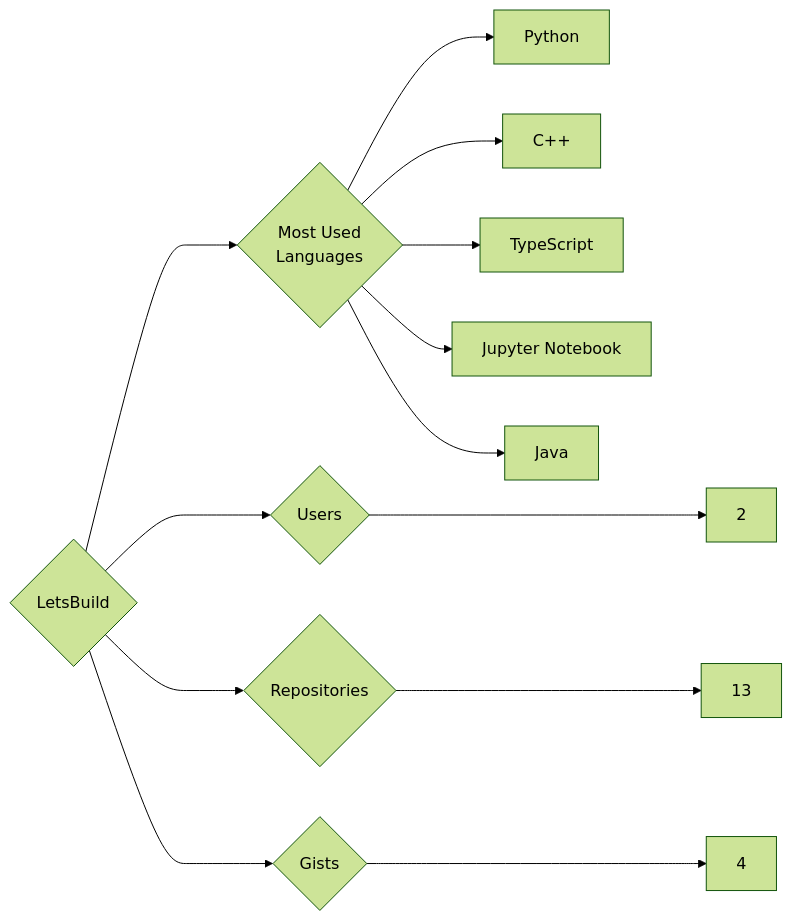
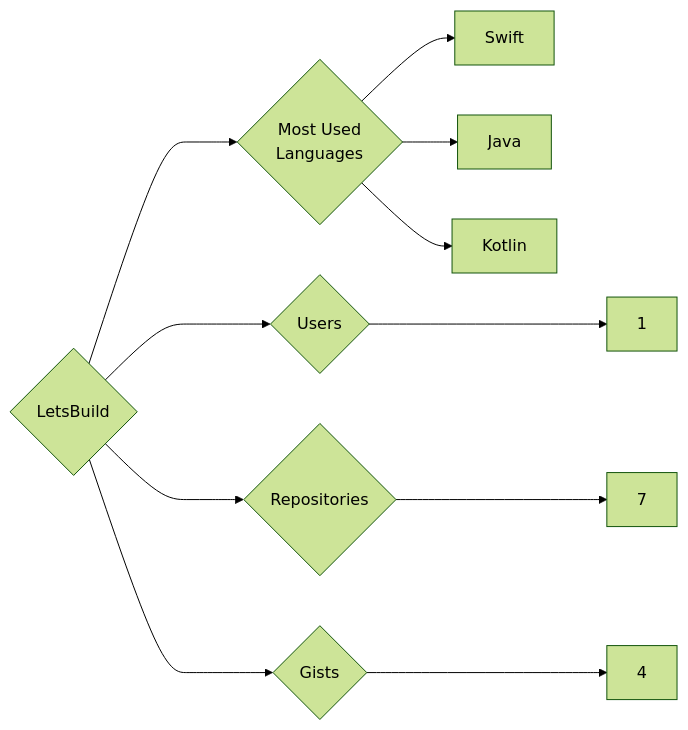
One commit to trickest/insiders changed the diagram in targets/LetsBuild/README.md. Above: the diagram before and after it, drawn with Mermaid (forest theme). The commit also changed 688 other files, not shown here.

````diff
--- a/targets/LetsBuild/README.md
+++ b/targets/LetsBuild/README.md
@@ -3,13 +3,11 @@
 ```mermaid
 graph LR
 COMPANY_NAME{LetsBuild}
-COMPANY_NAME ---> U{Users} ---> UN[2]
-COMPANY_NAME ---> R{Repositories} ---> RN[13]
+COMPANY_NAME ---> U{Users} ---> UN[1]
+COMPANY_NAME ---> R{Repositories} ---> RN[7]
 COMPANY_NAME ---> G{Gists} ---> GN[4]
 COMPANY_NAME ---> ML{Most Used<br>Languages}
-ML --> Python[Python]
-ML --> C++[C++]
-ML --> TypeScript[TypeScript]
-ML --> Jupyter_Notebook[Jupyter Notebook]
+ML --> Swift[Swift]
 ML --> Java[Java]
+ML --> Kotlin[Kotlin]
 ```
````
